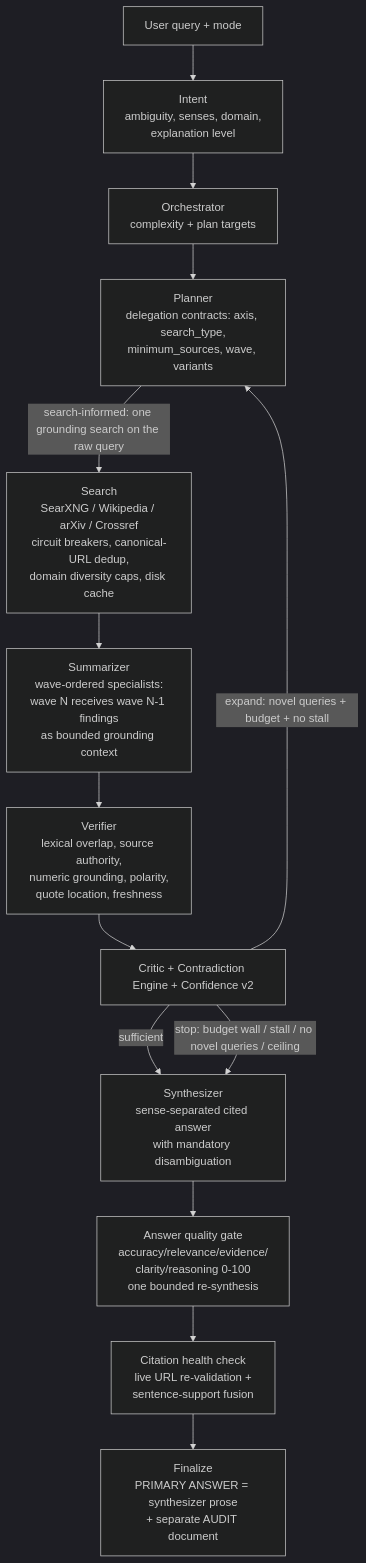
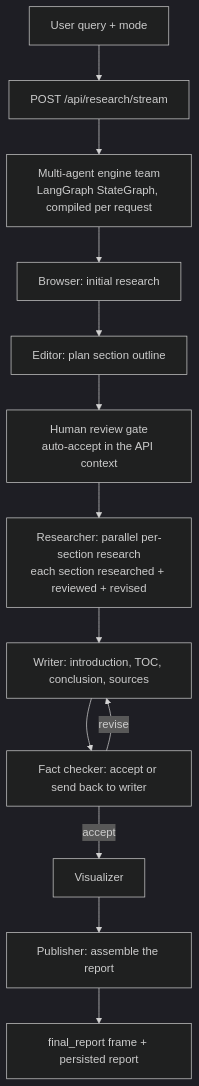
One commit to AdnanZamanNiloy/deepscout changed the diagram in ARCHITECTURE.md. Above: the diagram before and after it, drawn with Mermaid (dark theme). The commit also changed other lines of this file and 9 other files, not shown here.

First line of the commit message:
[arch-upgrade] docs refresh, provider URL-form fix, engine path bootstrap

````diff
--- a/ARCHITECTURE.md
+++ b/ARCHITECTURE.md
@@ -10,17 +10,15 @@
 ```mermaid
 flowchart TD
-    Q[User query + mode] --> IN[Intent<br/>ambiguity, senses, domain,<br/>explanation level]
-    IN --> ORCH[Orchestrator<br/>complexity + plan targets]
-    ORCH --> PL[Planner<br/>delegation contracts: axis, search_type,<br/>minimum_sources, wave, variants]
-    PL -->|search-informed: one grounding search on the raw query| SE
-    SE[Search<br/>SearXNG / Wikipedia / arXiv / Crossref<br/>circuit breakers, canonical-URL dedup,<br/>domain diversity caps, disk cache]
-    SE --> SU[Summarizer<br/>wave-ordered specialists:<br/>wave N receives wave N-1 findings<br/>as bounded grounding context]
-    SU --> VE[Verifier<br/>lexical overlap, source authority,<br/>numeric grounding, polarity,<br/>quote location, freshness]
-    VE --> CR[Critic + Contradiction Engine + Confidence v2]
-    CR -->|sufficient| SY[Synthesizer<br/>sense-separated cited answer<br/>with mandatory disambiguation]
-    CR -->|expand: novel queries + budget + no stall| PL
-    CR -->|stop: budget wall / stall / no novel queries / ceiling| SY
-    SY --> QG[Answer quality gate<br/>accuracy/relevance/evidence/<br/>clarity/reasoning 0-100<br/>one bounded re-synthesis]
-    QG --> CH[Citation health check<br/>live URL re-validation +<br/>sentence-support fusion]
-    CH --> FIN[Finalize<br/>PRIMARY ANSWER = synthesizer prose<br/>+ separate AUDIT document]
+    Q[User query + mode] --> RT[POST /api/research/stream]
+    RT --> TEAM[Multi-agent engine team<br/>LangGraph StateGraph, compiled per request]
+    TEAM --> BR[Browser: initial research]
+    BR --> ED[Editor: plan section outline]
+    ED --> HU[Human review gate<br/>auto-accept in the API context]
+    HU --> RS[Researcher: parallel per-section research<br/>each section researched + reviewed + revised]
+    RS --> WR[Writer: introduction, TOC, conclusion, sources]
+    WR --> FC[Fact checker: accept or send back to writer]
+    FC -->|revise| WR
+    FC -->|accept| VZ[Visualizer]
+    VZ --> PB[Publisher: assemble the report]
+    PB --> OUT[final_report frame + persisted report]
 ```
````
